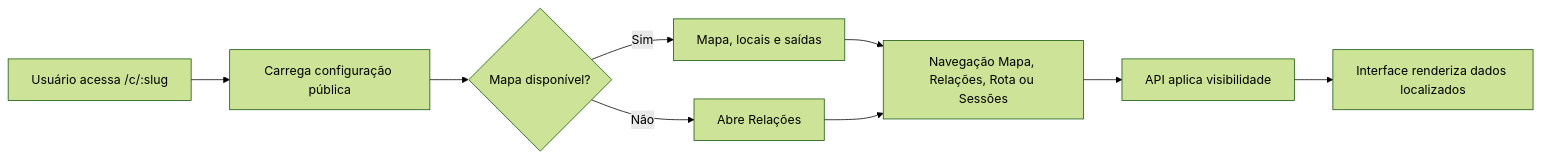
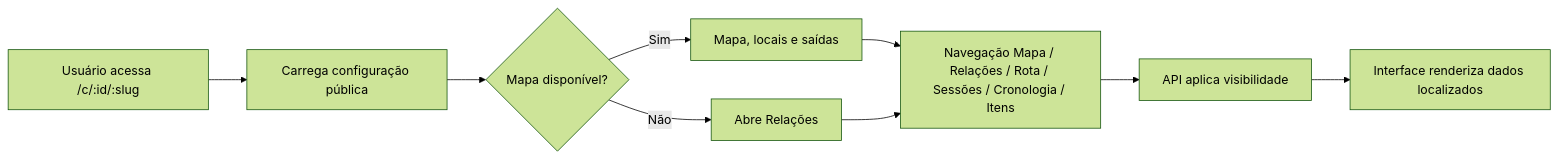
The first of 6 diagrams in README.md (ricardopiloto/interactive-map), drawn with Mermaid (forest theme) before and after one commit. The commit also changed other lines of this file and 28 other files, not shown here.

````diff
--- a/README.md
+++ b/README.md
@@ -128,11 +155,11 @@
 ```mermaid
 flowchart LR
-  A[Usuário acessa /c/:slug] --> B[Carrega configuração pública]
+  A[Usuário acessa /c/:id/:slug] --> B[Carrega configuração pública]
   B --> C{Mapa disponível?}
   C -- Sim --> D[Mapa, locais e saídas]
   C -- Não --> E[Abre Relações]
-  D --> F[Navegação Mapa, Relações, Rota ou Sessões]
+  D --> F[Navegação Mapa / Relações / Rota / Sessões / Cronologia / Itens]
   E --> F
   F --> G[API aplica visibilidade]
   G --> H[Interface renderiza dados localizados]
 ```
````
